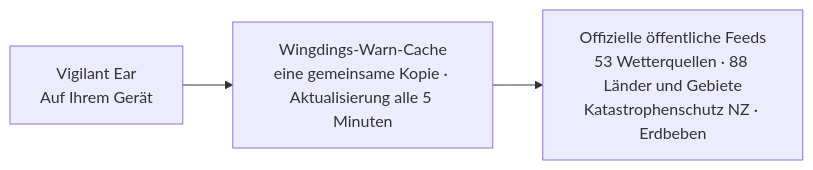
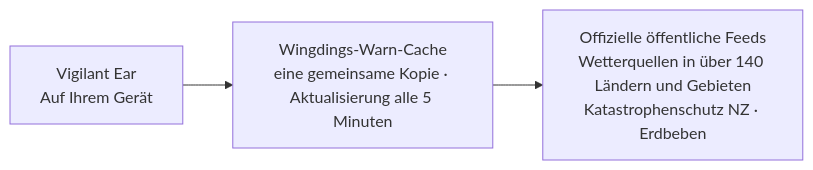
Before and after one commit to rpalm01-star/VigilantEarLegal: the fourth of 4 diagrams in README_de.md, drawn with Mermaid. The commit also changed other lines of this file and 59 other files, not shown here.

````diff
--- a/README_de.md
+++ b/README_de.md
@@ -182,5 +182,5 @@
 ```mermaid
 graph LR
     P1["Vigilant Ear<br/>Auf Ihrem Gerät"] --> W["Wingdings-Warn-Cache<br/>eine gemeinsame Kopie · Aktualisierung alle 5 Minuten"]
-    W --> N["Offizielle öffentliche Feeds<br/>53 Wetterquellen · 88 Länder und Gebiete<br/>Katastrophenschutz NZ · Erdbeben"]
+    W --> N["Offizielle öffentliche Feeds<br/>Wetterquellen in über 140 Ländern und Gebieten<br/>Katastrophenschutz NZ · Erdbeben"]
 ```
````
